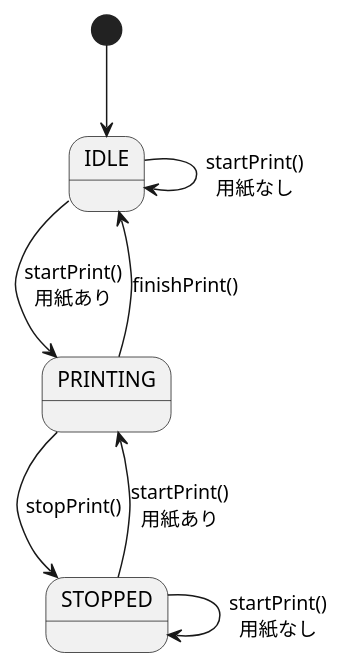
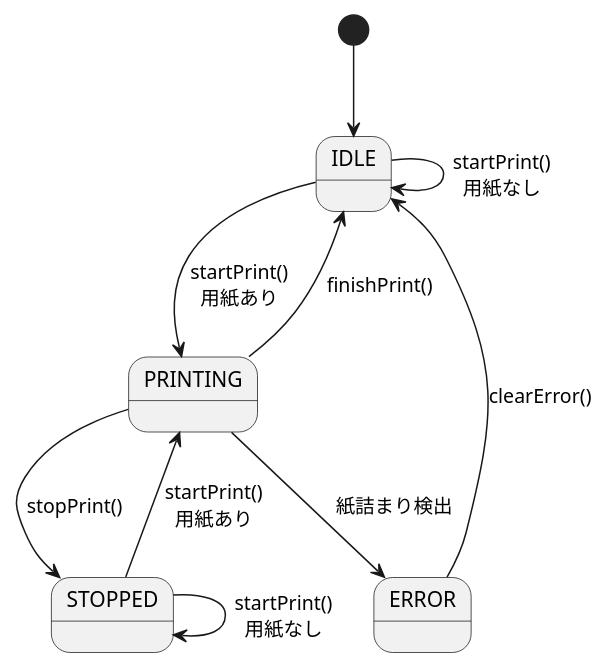
Before and after one commit to hiroshi-tak/print-simulator: the diagram in docs/state.puml, drawn with PlantUML. The commit also changed 7 other files, not shown here.

```diff
--- a/docs/state.puml
+++ b/docs/state.puml
@@ -1,17 +1,21 @@
 @startuml
 
 [*] --> IDLE
 
 IDLE --> PRINTING : startPrint()\n用紙あり
 
 IDLE --> IDLE : startPrint()\n用紙なし
 
 PRINTING --> STOPPED : stopPrint()
 
 PRINTING --> IDLE : finishPrint()
 
 STOPPED --> PRINTING : startPrint()\n用紙あり
 
 STOPPED --> STOPPED : startPrint()\n用紙なし
 
+PRINTING --> ERROR : 紙詰まり検出
+
+ERROR --> IDLE : clearError()
+
 @enduml
```
